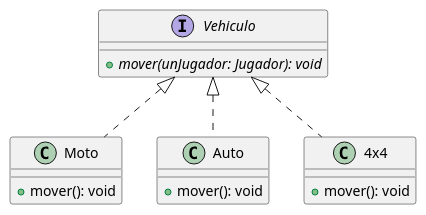
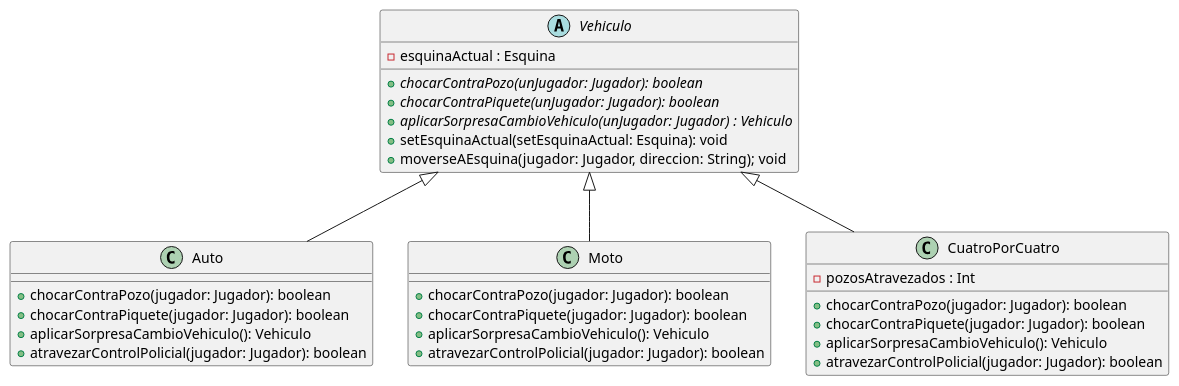
The diagram in diagrams/classes/vehiculo.plantuml (TP2Algo3FIUBA/tp2), drawn with PlantUML before and after one commit. The commit also changed 5 other files, not shown here.

Commit message:
Diagrama clase Vehiculo Uml

```diff
--- a/diagrams/classes/vehiculo.plantuml
+++ b/diagrams/classes/vehiculo.plantuml
@@ -1,25 +1,41 @@
 @startuml
 
+    abstract class Vehiculo {
+        - esquinaActual : Esquina
 
-interface Vehiculo {
+        + {abstract} chocarContraPozo(unJugador: Jugador): boolean
+        + {abstract} chocarContraPiquete(unJugador: Jugador): boolean
+        + {abstract} aplicarSorpresaCambioVehiculo(unJugador: Jugador) : Vehiculo
+        + setEsquinaActual(setEsquinaActual: Esquina): void
+        + moverseAEsquina(jugador: Jugador, direccion: String); void
+    }
 
-        + {abstract} mover(unJugador: Jugador): void
-}
+    class Auto {
+        + chocarContraPozo(jugador: Jugador): boolean
+        + chocarContraPiquete(jugador: Jugador): boolean
+        + aplicarSorpresaCambioVehiculo(): Vehiculo
+        + atravezarControlPolicial(jugador: Jugador): boolean
+    }
 
-class Moto {
-    + mover(): void
-}
+    class Moto {
+        + chocarContraPozo(jugador: Jugador): boolean
+        + chocarContraPiquete(jugador: Jugador): boolean
+        + aplicarSorpresaCambioVehiculo(): Vehiculo
+        + atravezarControlPolicial(jugador: Jugador): boolean
+    }
 
-class Auto {
-      + mover(): void
-}
 
-class 4x4 {
-      + mover(): void
-}
 
-Vehiculo <|.. Moto
-Vehiculo <|.. Auto
-Vehiculo <|.. 4x4
+    class CuatroPorCuatro {
+        - pozosAtravezados : Int
+        + chocarContraPozo(jugador: Jugador): boolean
+        + chocarContraPiquete(jugador: Jugador): boolean
+        + aplicarSorpresaCambioVehiculo(): Vehiculo
+        + atravezarControlPolicial(jugador: Jugador): boolean
+    }
+
+   Vehiculo <|-- Auto
+   Vehiculo <|-- Moto
+   Vehiculo <|-- CuatroPorCuatro
 
 @enduml
```
